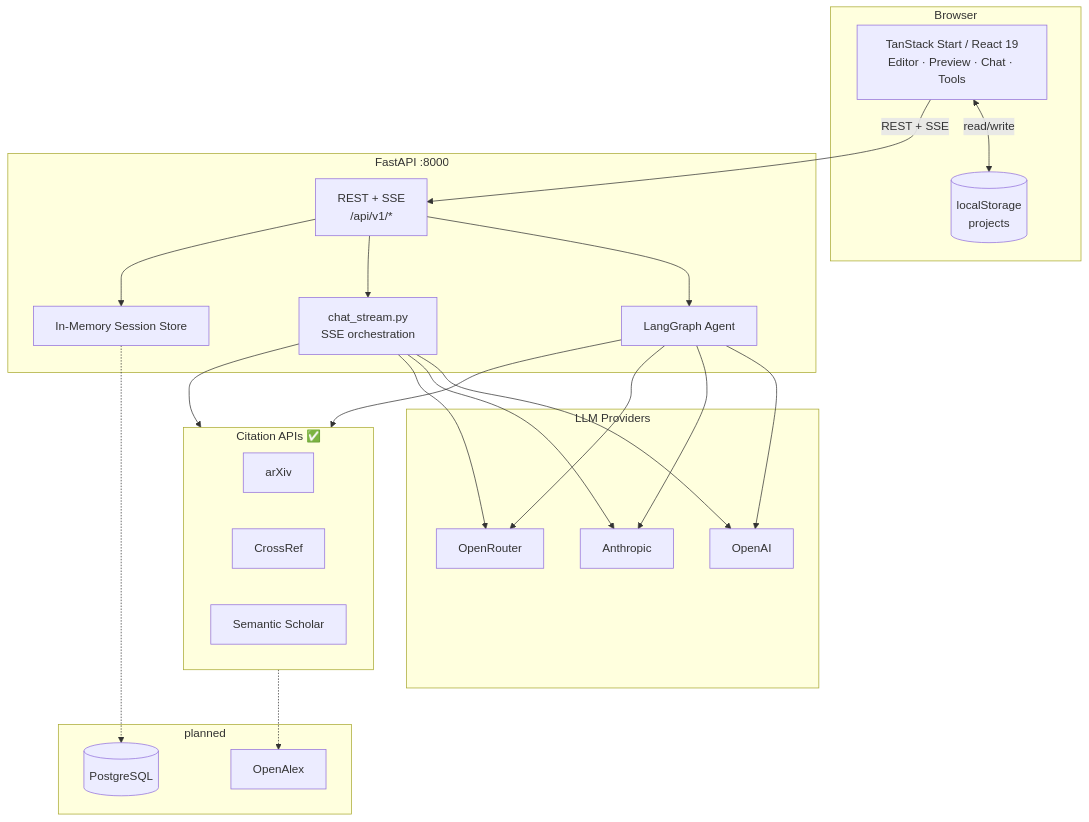
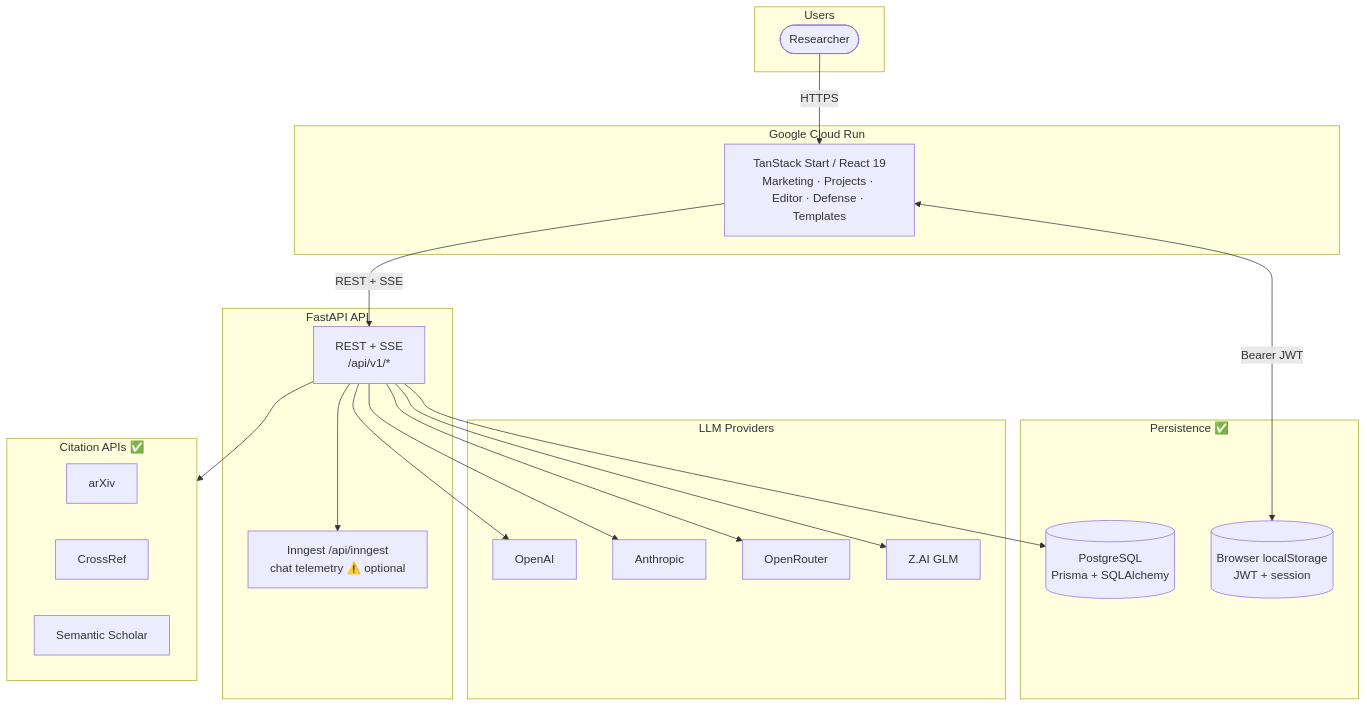
The first of 11 diagrams in docs/architecture_diagram.md (Tai-TZ/arionear-ai-paper-editor), drawn with Mermaid before and after one commit. The commit also changed other lines of this file and 5 other files, not shown here.

````diff
--- a/docs/architecture_diagram.md
+++ b/docs/architecture_diagram.md
@@ -12,43 +13,41 @@
 ```mermaid
 flowchart TB
-    subgraph Client["Browser"]
-        FE[TanStack Start / React 19<br/>Editor · Preview · Chat · Tools]
-        LS[(localStorage<br/>projects)]
+    subgraph Users["Users"]
+        R([Researcher])
     end
 
-    subgraph Backend["FastAPI :8000"]
+    subgraph Cloud["Google Cloud Run"]
+        FE[TanStack Start / React 19<br/>Marketing · Projects · Editor · Defense · Templates]
+    end
+
+    subgraph Backend["FastAPI API"]
         API[REST + SSE<br/>/api/v1/*]
-        LG[LangGraph Agent]
-        STREAM[chat_stream.py<br/>SSE orchestration]
-        PSS[In-Memory Session Store]
+        ING[Inngest /api/inngest<br/>chat telemetry ⚠️ optional]
+    end
+
+    subgraph Data["Persistence ✅"]
+        PG[(PostgreSQL<br/>Prisma + SQLAlchemy)]
+        LS[(Browser localStorage<br/>JWT + session)]
     end
 
     subgraph LLM["LLM Providers"]
         OAI[OpenAI]
         ANT[Anthropic]
         OR[OpenRouter]
+        ZAI[Z.AI GLM]
     end
 
     subgraph Scholar["Citation APIs ✅"]
         ARX[arXiv]
         CR[CrossRef]
         SS[Semantic Scholar]
     end
 
-    subgraph Future["planned"]
-        PG[(PostgreSQL)]
-        OA[OpenAlex]
-    end
-
-    FE <-->|read/write| LS
+    R -->|HTTPS| FE
+    FE <-->|Bearer JWT| LS
     FE -->|REST + SSE| API
-    API --> LG
-    API --> STREAM
-    API --> PSS
-    LG --> OAI & ANT & OR
-    STREAM --> OAI & ANT & OR
-    LG --> Scholar
-    STREAM --> Scholar
-    PSS -.-> PG
-    Scholar -.-> OA
+    API --> PG
+    API --> ING
+    API --> OAI & ANT & OR & ZAI
+    API --> Scholar
 ```
````
